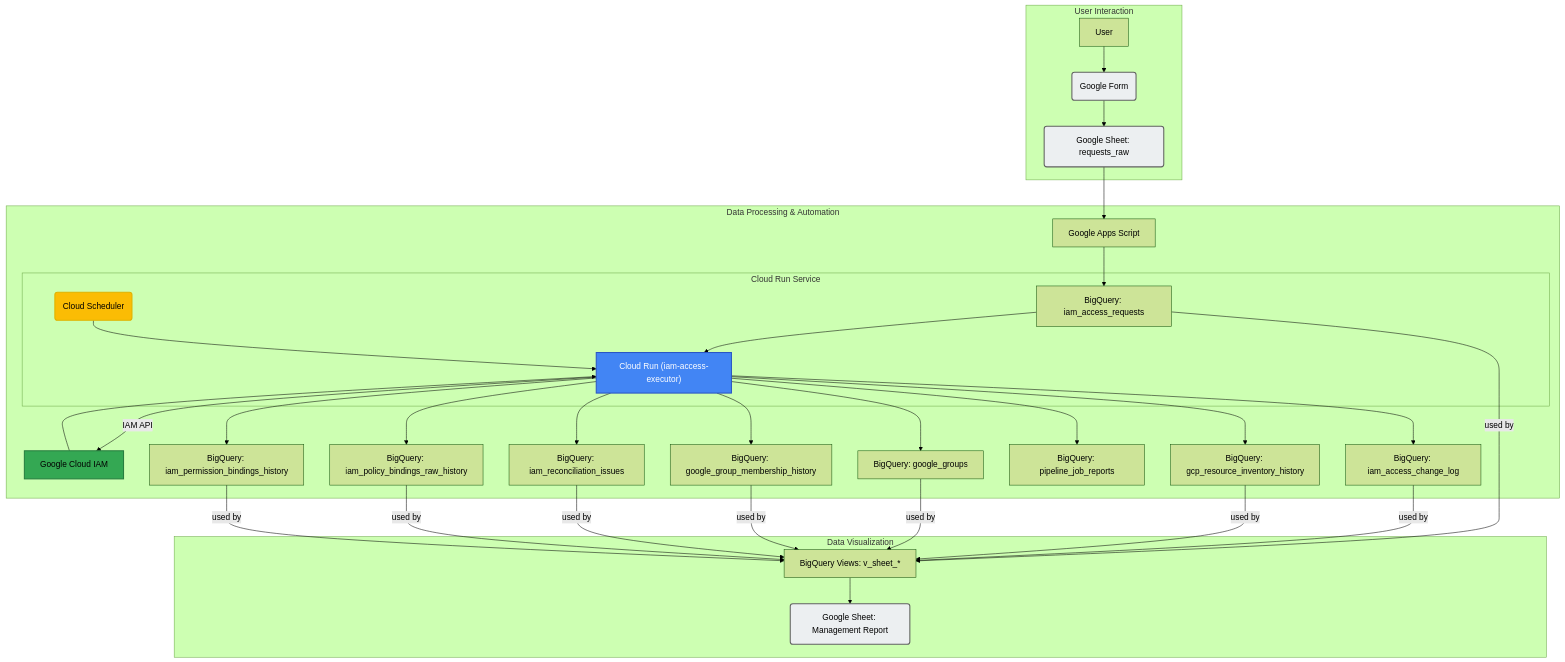
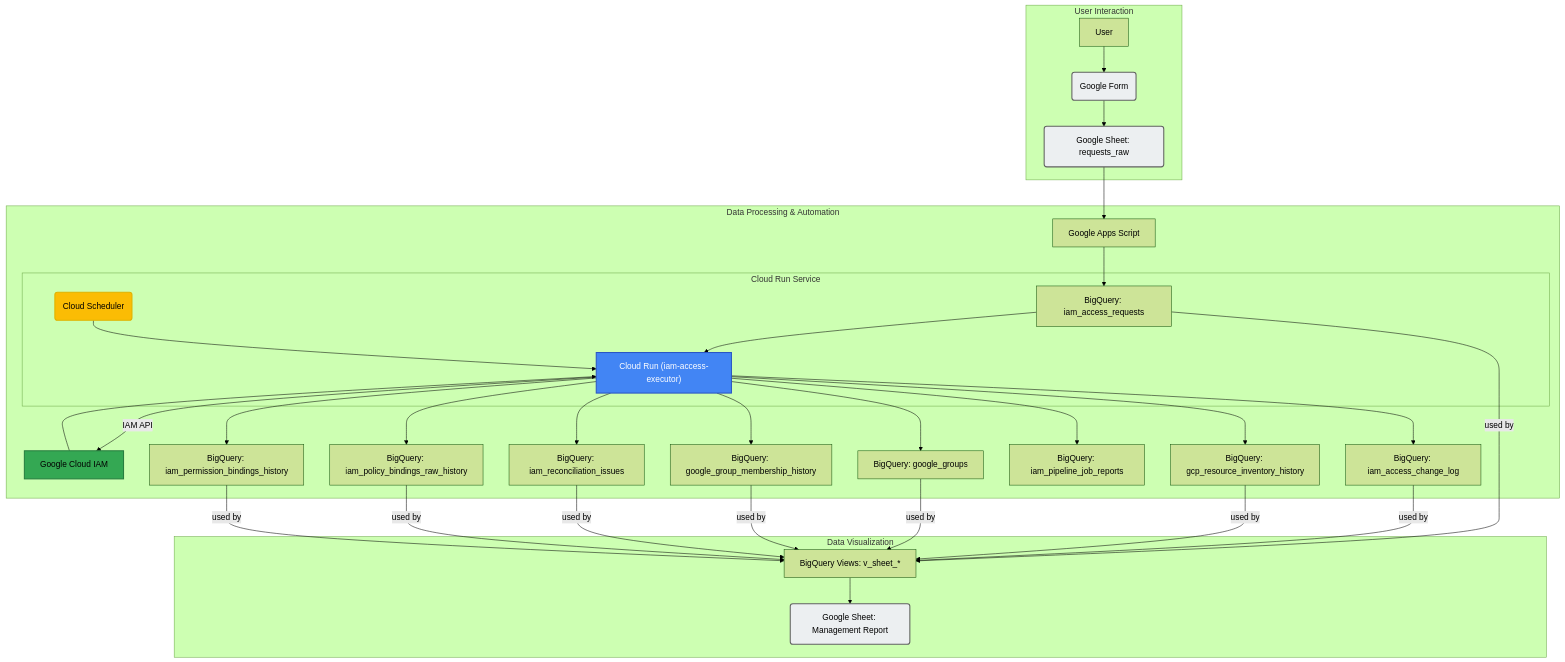
Before and after one commit to ea-Mitsuoka/cloud-access-manager: the diagram in README.md, drawn with Mermaid (forest theme). The commit also changed other lines of this file and 4 other files, not shown here.

Commit message:
refactor: unify table name to iam_pipeline_job_report across repository.py and SQL schema

````diff
--- a/README.md
+++ b/README.md
@@ -20,49 +20,49 @@
 ```mermaid
 graph TD
     subgraph "User Interaction"
         A[User] --> B("Google Form");
         B --> C("Google Sheet: requests_raw");
     end
 
     subgraph "Data Processing & Automation"
         C --> D["Google Apps Script"];
         D --> E["BigQuery: iam_access_requests"];
 
         subgraph "Cloud Run Service"
             CR["Cloud Run (iam-access-executor)"];
             E --> CR;
             F("Cloud Scheduler") --> CR;
         end
 
         CR -- "IAM API" --> G["Google Cloud IAM"];
         G --> CR;
         
         CR --> H["BigQuery: iam_access_change_log"];
         CR --> I["BigQuery: gcp_resource_inventory_history"];
         CR --> J["BigQuery: google_groups"];
         CR --> K["BigQuery: google_group_membership_history"];
         CR --> L["BigQuery: iam_reconciliation_issues"];
-        CR --> M["BigQuery: pipeline_job_reports"];
+        CR --> M["BigQuery: iam_pipeline_job_reports"];
         CR --> N["BigQuery: iam_policy_bindings_raw_history"];
         CR --> O["BigQuery: iam_permission_bindings_history"];
     end
 
     subgraph "Data Visualization"
         P["BigQuery Views: v_sheet_*"] --> Q("Google Sheet: Management Report");
         E -- "used by" --> P;
         H -- "used by" --> P;
         I -- "used by" --> P;
         J -- "used by" --> P;
         K -- "used by" --> P;
         L -- "used by" --> P;
         N -- "used by" --> P;
         O -- "used by" --> P;
     end
 
     style CR fill:#4285F4,stroke:#2a56c4,stroke-width:2px,color:#FFFFFF
     style F fill:#FBBC04,stroke:#e0b200,stroke-width:2px
     style G fill:#34A853,stroke:#267d3f,stroke-width:2px
     style B fill:#ECEFF1,stroke:#616161,stroke-width:2px
     style C fill:#ECEFF1,stroke:#616161,stroke-width:2px
     style Q fill:#ECEFF1,stroke:#616161,stroke-width:2px
 ```
````
